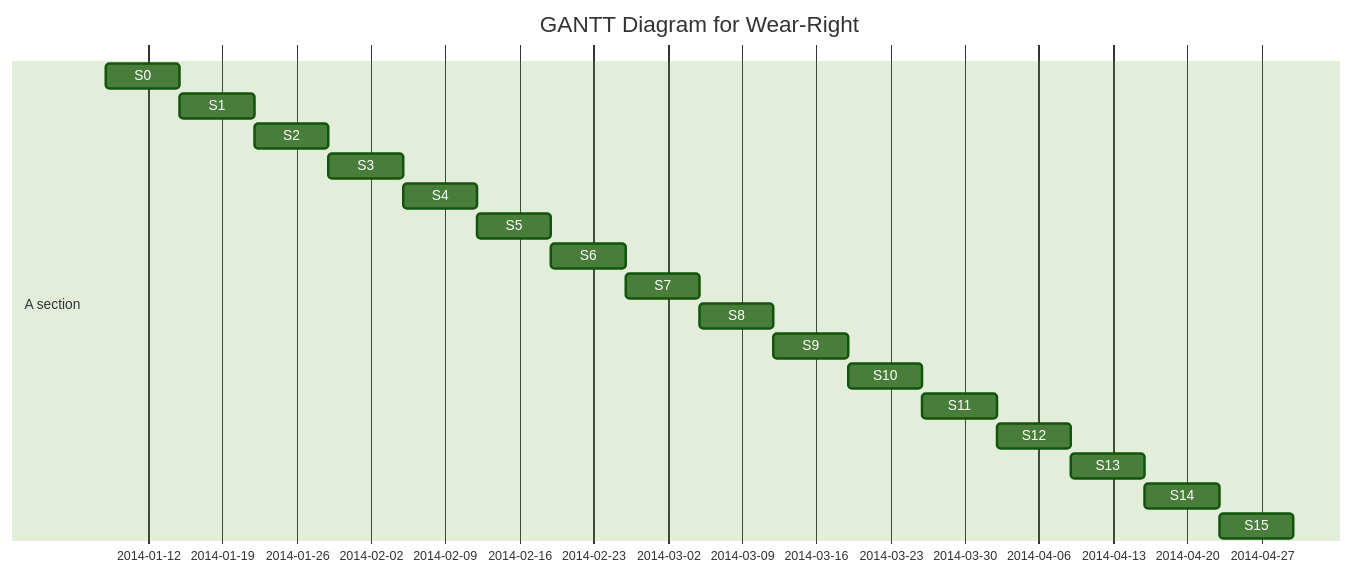
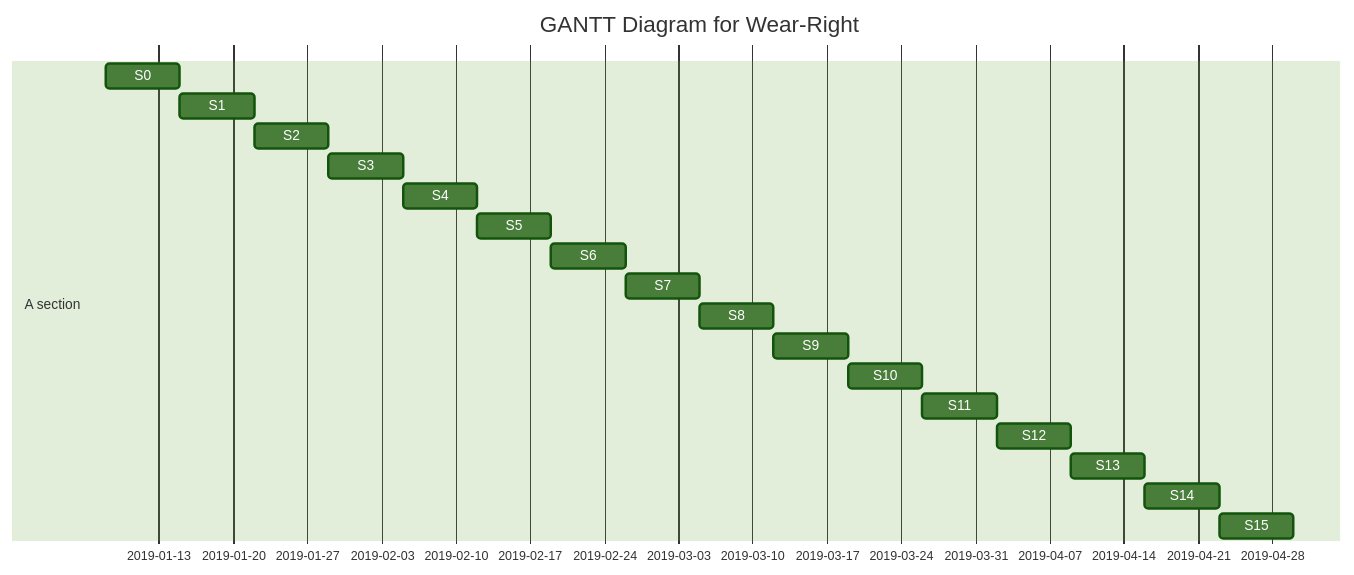
One commit to martimik/Wear-right-core changed the diagram in dokumentit/01-projektinhallinta/projektisuunnitelma.md. Above: the diagram before and after it, drawn with Mermaid (forest theme).

````diff
--- a/dokumentit/01-projektinhallinta/projektisuunnitelma.md
+++ b/dokumentit/01-projektinhallinta/projektisuunnitelma.md
@@ -99,23 +99,23 @@
 ```mermaid
 gantt
         dateFormat  YYYY-MM-DD
         title GANTT Diagram for Wear-Right
         section A section
-        S0            :  des1, 2014-01-08, 1w
+        S0            :  des1, 2019-01-08, 2019-01-15
         S1            :  des2, after des1, 1w
         S2            :  des3, after des2, 1w
         S3            :  des4, after des3, 1w
         S4            :  des5, after des4, 1w
         S5            :  des6, after des5, 1w
         S6            :  des7, after des6, 1w
         S7            :  des8, after des7, 1w
         S8            :  des9, after des8, 1w
         S9            :  des10, after des9, 1w
         S10           :  des11, after des10, 1w
         S11           :  des12, after des11, 1w
         S12            : des13, after des12, 1w
         S13            : des14, after des13, 1w
         S14            : des15, after des14, 1w
         S15            : des16, after des15, 1w
 
 ```
````
